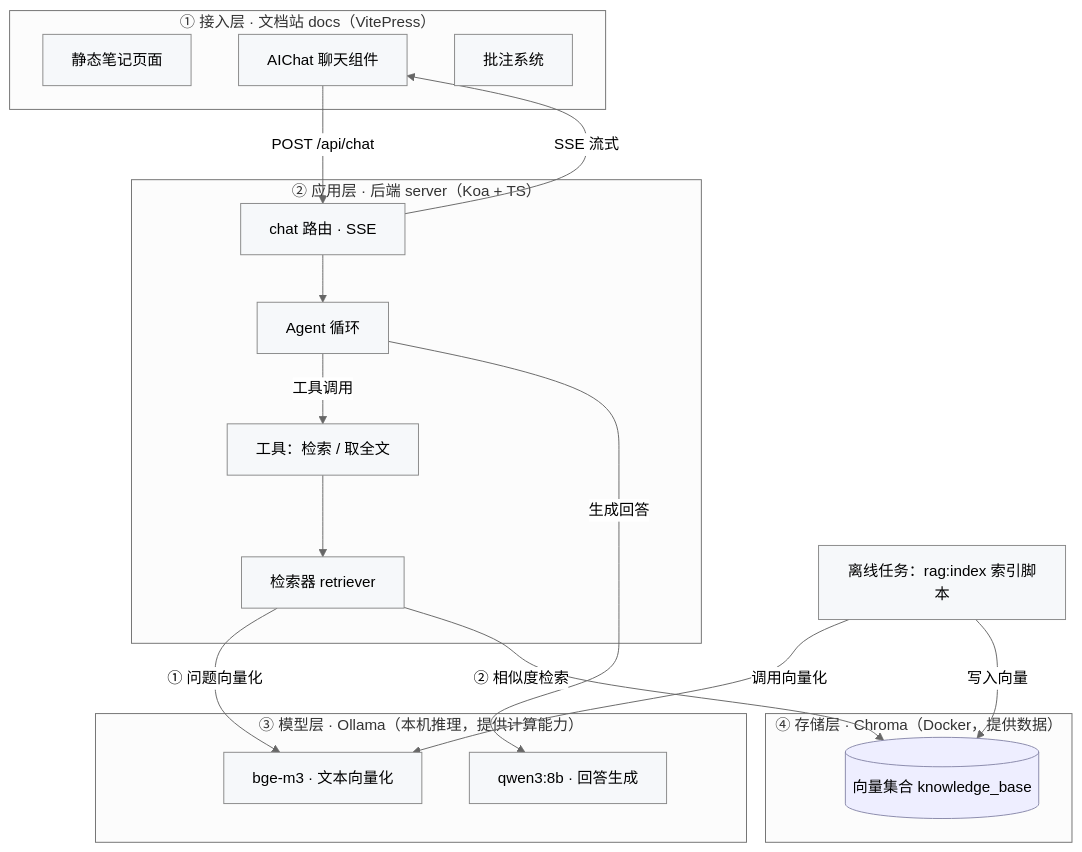
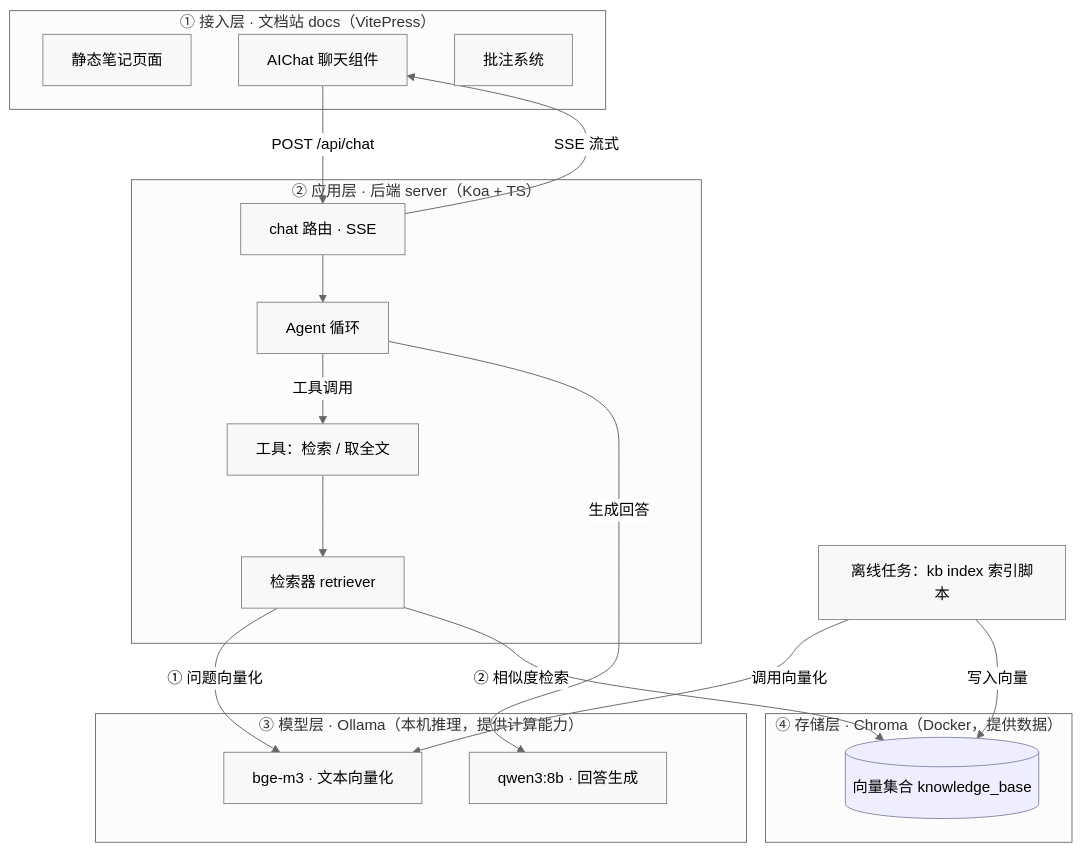
The first of 2 diagrams in docs/project-architecture/01-overview.md (jun2333/knowledge), drawn with Mermaid (neutral theme) before and after one commit. The commit also changed other lines of this file and 16 other files, not shown here.

````diff
--- a/docs/project-architecture/01-overview.md
+++ b/docs/project-architecture/01-overview.md
@@ -26,40 +26,40 @@
 ```mermaid
 flowchart TB
   subgraph L1["① 接入层 · 文档站 docs（VitePress）"]
     S[静态笔记页面]:::box
     C[AIChat 聊天组件]:::box
     AN[批注系统]:::box
   end
 
   subgraph L2["② 应用层 · 后端 server（Koa + TS）"]
     R[chat 路由 · SSE]:::box
     L[Agent 循环]:::box
     T[工具：检索 / 取全文]:::box
     RT[检索器 retriever]:::box
   end
 
   subgraph L3["③ 模型层 · Ollama（本机推理，提供计算能力）"]
     OE[bge-m3 · 文本向量化]:::box
     OL[qwen3:8b · 回答生成]:::box
   end
 
   subgraph L4["④ 存储层 · Chroma（Docker，提供数据）"]
     CH[(向量集合 knowledge_base)]:::db
   end
 
-  IX["离线任务：rag:index 索引脚本"]:::box
+  IX["离线任务：kb index 索引脚本"]:::box
 
   C -->|POST /api/chat| R
   R --> L
   L -->|工具调用| T
   T --> RT
   RT -->|"① 问题向量化"| OE
   RT -->|"② 相似度检索"| CH
   L -->|生成回答| OL
   R -->|SSE 流式| C
   IX -->|调用向量化| OE
   IX -->|写入向量| CH
 
   classDef box fill:#f6f8fa,stroke:#888,stroke-width:1px;
   classDef db fill:#eef,stroke:#88a,stroke-width:1px;
 ```
````
